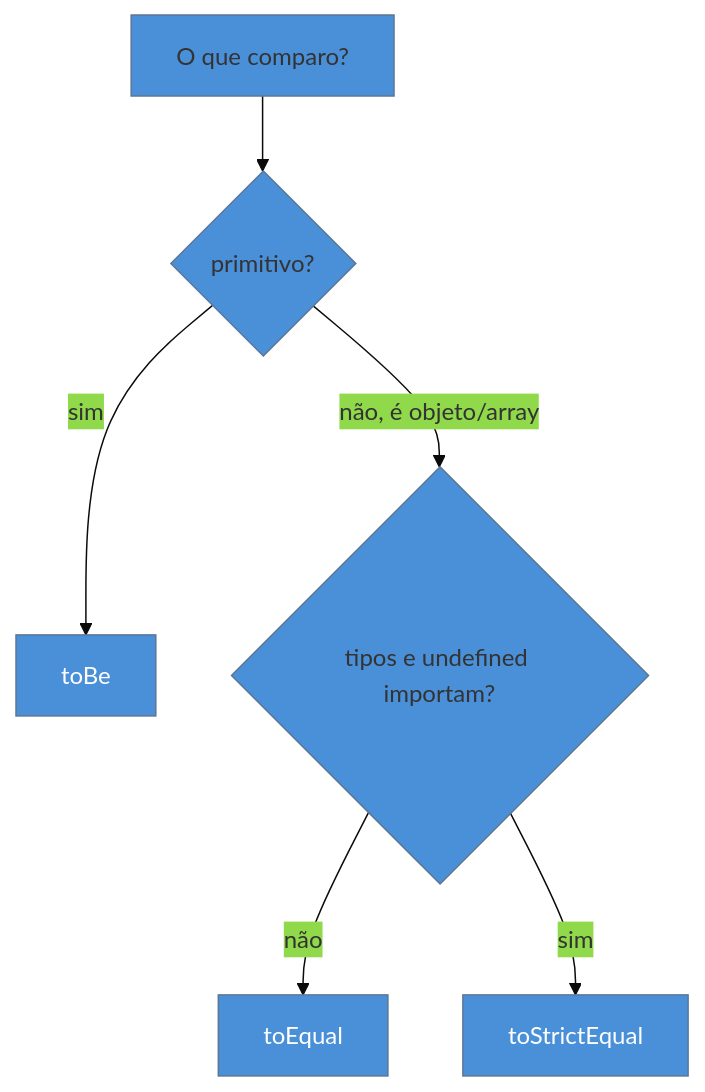
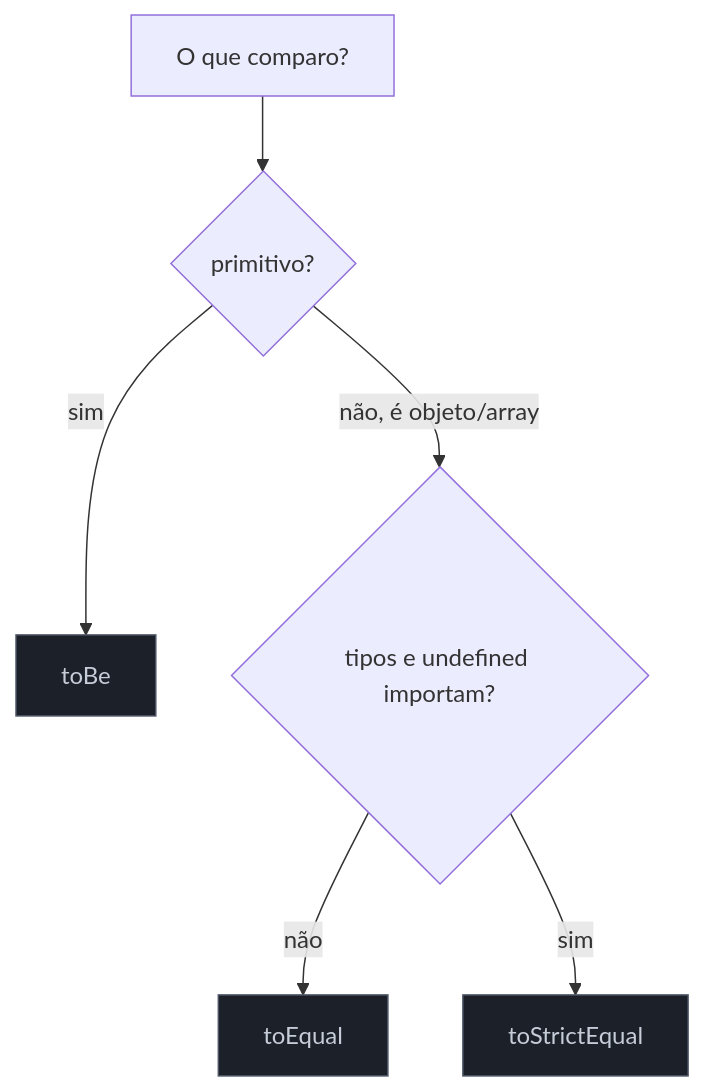
The diagram in 03-Dominios/Tecnologia/Testes JS/03 - Matchers e asserções.md (josenaldo/codex-technomanticus), drawn with Mermaid before and after one commit. The commit also changed 1181 other files, not shown here.

First line of the commit message:
fix(diagramas): paleta do sistema no lugar de cor cravada no markdown

````diff
--- a/03-Dominios/Tecnologia/Testes JS/03 - Matchers e asserções.md
+++ b/03-Dominios/Tecnologia/Testes JS/03 - Matchers e asserções.md
@@ -54,12 +54,12 @@
 ```mermaid
-%%{init: {"theme": "base", "themeVariables": {"primaryColor": "#4A90D9"}}}%%
 graph TB
+    classDef neutro fill:#1B2029,stroke:#4E5666,color:#C6CCD8
     A["O que comparo?"] --> B{primitivo?}
     B -->|sim| C[toBe]
     B -->|não, é objeto/array| D{tipos e undefined importam?}
     D -->|não| E[toEqual]
     D -->|sim| F[toStrictEqual]
-    style C fill:#4A90D9,color:#fff
-    style E fill:#4A90D9,color:#fff
-    style F fill:#4A90D9,color:#fff
+    class C neutro
+    class E neutro
+    class F neutro
 ```
````
